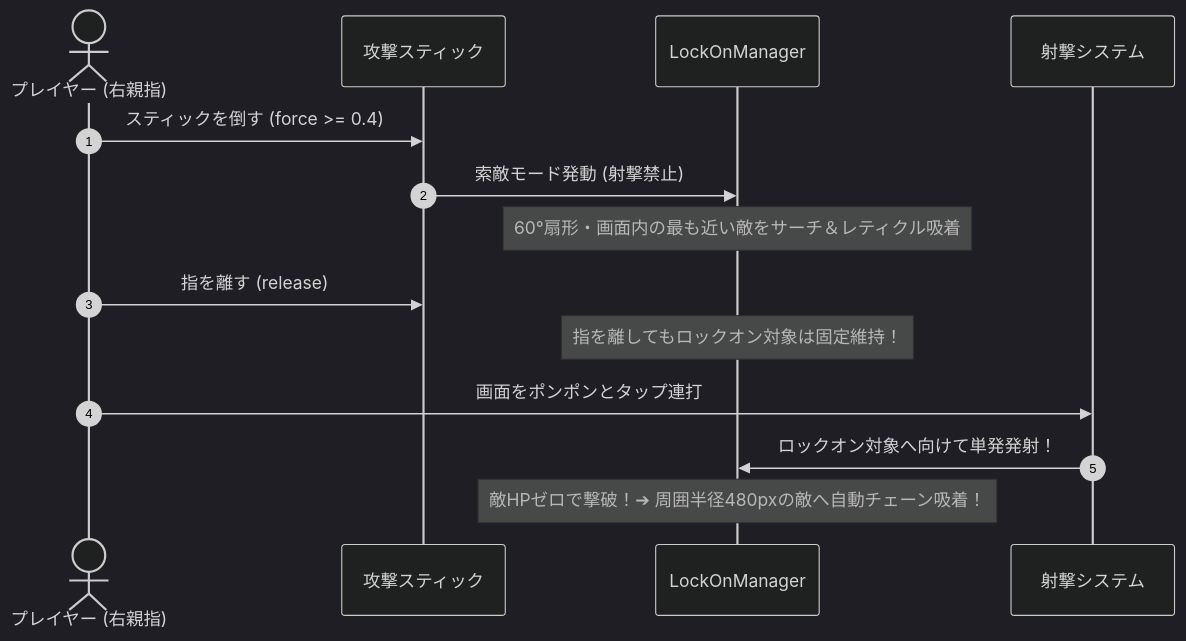
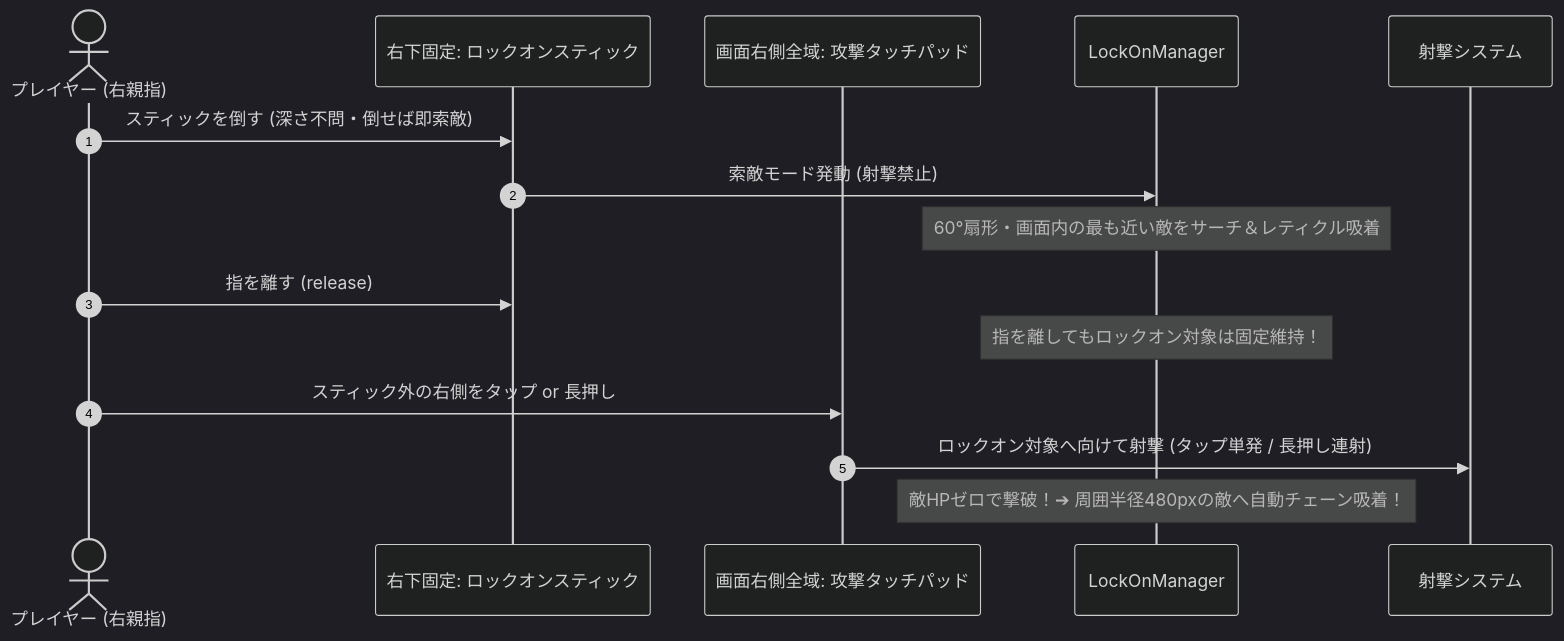
The diagram in docs/know-how/10-smart-lock-on-and-tap-shoot.md (01Taka/my-shooting-game), drawn with Mermaid (dark theme) before and after one commit. The commit also changed other lines of this file and 3 other files, not shown here.

````diff
--- a/docs/know-how/10-smart-lock-on-and-tap-shoot.md
+++ b/docs/know-how/10-smart-lock-on-and-tap-shoot.md
@@ -20,17 +20,18 @@
 ```mermaid
 sequenceDiagram
     autonumber
     actor Player as プレイヤー (右親指)
-    participant Stick as 攻撃スティック
+    participant LockStick as 右下固定: ロックオンスティック
+    participant Pad as 画面右側全域: 攻撃タッチパッド
     participant LockOn as LockOnManager
     participant Gun as 射撃システム
 
-    Player->>Stick: スティックを倒す (force >= 0.4)
-    Stick->>LockOn: 索敵モード発動 (射撃禁止)
+    Player->>LockStick: スティックを倒す (深さ不問・倒せば即索敵)
+    LockStick->>LockOn: 索敵モード発動 (射撃禁止)
     Note over LockOn: 60°扇形・画面内の最も近い敵をサーチ＆レティクル吸着
-    Player->>Stick: 指を離す (release)
+    Player->>LockStick: 指を離す (release)
     Note over LockOn: 指を離してもロックオン対象は固定維持！
-    Player->>Gun: 画面をポンポンとタップ連打
-    Gun->>LockOn: ロックオン対象へ向けて単発発射！
+    Player->>Pad: スティック外の右側をタップ or 長押し
+    Pad->>Gun: ロックオン対象へ向けて射撃 (タップ単発 / 長押し連射)
     Note over LockOn: 敵HPゼロで撃破！➔ 周囲半径480pxの敵へ自動チェーン吸着！
 ```
````
